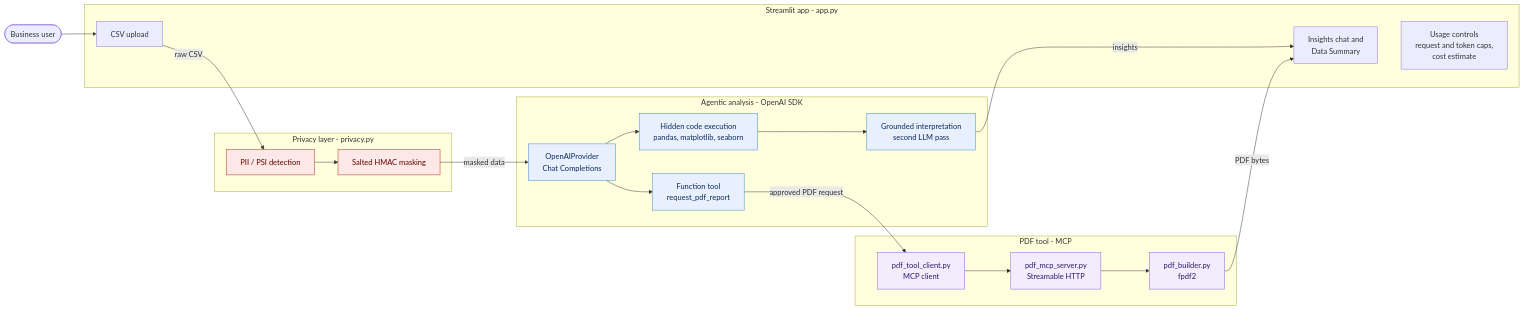
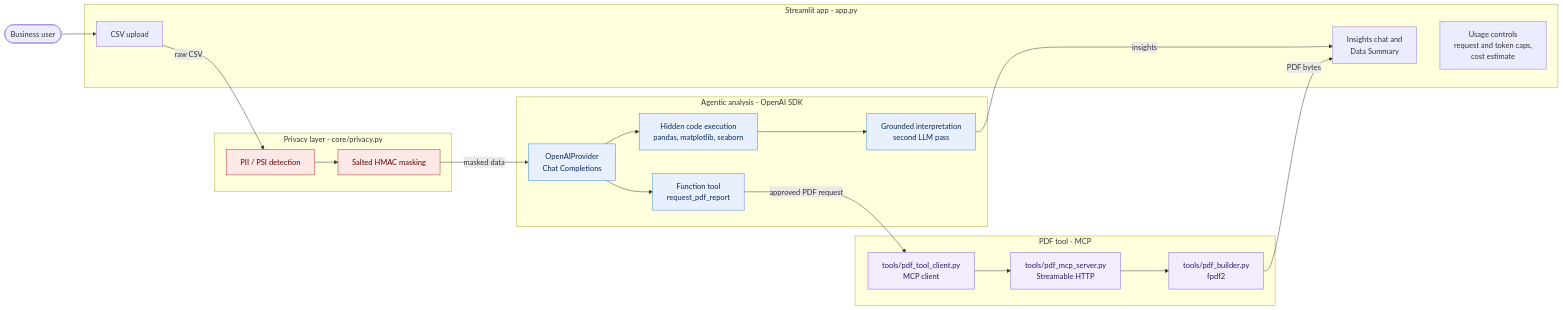
The first of 3 diagrams in README.md (Shotza247/Data-Analytics-AI-Assistant), drawn with Mermaid before and after one commit. The commit also changed other lines of this file and 18 other files, not shown here.

Commit message:
Restructure project into core/, tools/, data/ and docs/images

````diff
--- a/README.md
+++ b/README.md
@@ -19,48 +19,48 @@
 ```mermaid
 flowchart LR
     User([Business user])
 
     subgraph UI["Streamlit app - app.py"]
         Upload["CSV upload"]
         Chat["Insights chat and<br/>Data Summary"]
         Controls["Usage controls<br/>request and token caps,<br/>cost estimate"]
         Upload ~~~ Chat
         Chat ~~~ Controls
     end
 
-    subgraph Privacy["Privacy layer - privacy.py"]
+    subgraph Privacy["Privacy layer - core/privacy.py"]
         Detect["PII / PSI detection"]
         Mask["Salted HMAC masking"]
         Detect --> Mask
     end
 
     subgraph Agent["Agentic analysis - OpenAI SDK"]
         Provider["OpenAIProvider<br/>Chat Completions"]
         Exec["Hidden code execution<br/>pandas, matplotlib, seaborn"]
         Ground["Grounded interpretation<br/>second LLM pass"]
         Tool["Function tool<br/>request_pdf_report"]
         Provider --> Exec --> Ground
         Provider --> Tool
     end
 
     subgraph MCP["PDF tool - MCP"]
-        Client["pdf_tool_client.py<br/>MCP client"]
-        Server["pdf_mcp_server.py<br/>Streamable HTTP"]
-        Builder["pdf_builder.py<br/>fpdf2"]
+        Client["tools/pdf_tool_client.py<br/>MCP client"]
+        Server["tools/pdf_mcp_server.py<br/>Streamable HTTP"]
+        Builder["tools/pdf_builder.py<br/>fpdf2"]
         Client --> Server --> Builder
     end
 
     User --> Upload
     Upload -->|raw CSV| Detect
     Mask -->|masked data| Provider
     Ground -->|insights| Chat
     Tool -->|approved PDF request| Client
     Builder -->|PDF bytes| Chat
 
     classDef sensitive fill:#fce8e6,stroke:#b3261e,color:#5f0000;
     classDef agent fill:#e8f0fe,stroke:#3b82d4,color:#0b2a5b;
     classDef tool fill:#f3ecfd,stroke:#7c5cd8,color:#2d1a6b;
     class Detect,Mask sensitive;
     class Provider,Tool,Exec,Ground agent;
     class Client,Server,Builder tool;
 ```
````
